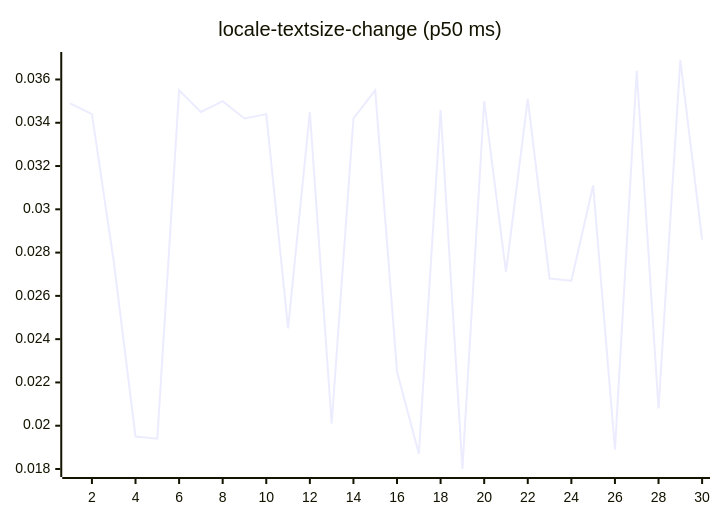
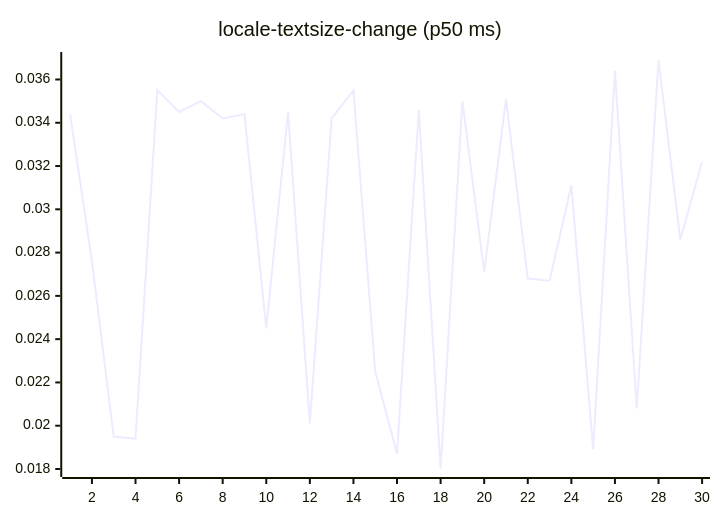
Before and after one commit to josha/Facet: diagram 13 of 27 in README.md, drawn with Mermaid. The commit also changed other lines of this file and 2 other files, not shown here.

````diff
--- a/README.md
+++ b/README.md
@@ -147,6 +147,6 @@
 ```mermaid
 xychart-beta
     title "locale-textsize-change (p50 ms)"
     x-axis 1 --> 30
-    line [0.0349, 0.0344, 0.0276, 0.0195, 0.0194, 0.0355, 0.0345, 0.0350, 0.0342, 0.0344, 0.0245, 0.0345, 0.0201, 0.0342, 0.0355, 0.0225, 0.0187, 0.0346, 0.0180, 0.0350, 0.0271, 0.0351, 0.0268, 0.0267, 0.0311, 0.0189, 0.0364, 0.0208, 0.0369, 0.0286]
+    line [0.0344, 0.0276, 0.0195, 0.0194, 0.0355, 0.0345, 0.0350, 0.0342, 0.0344, 0.0245, 0.0345, 0.0201, 0.0342, 0.0355, 0.0225, 0.0187, 0.0346, 0.0180, 0.0350, 0.0271, 0.0351, 0.0268, 0.0267, 0.0311, 0.0189, 0.0364, 0.0208, 0.0369, 0.0286, 0.0322]
 ```
````
